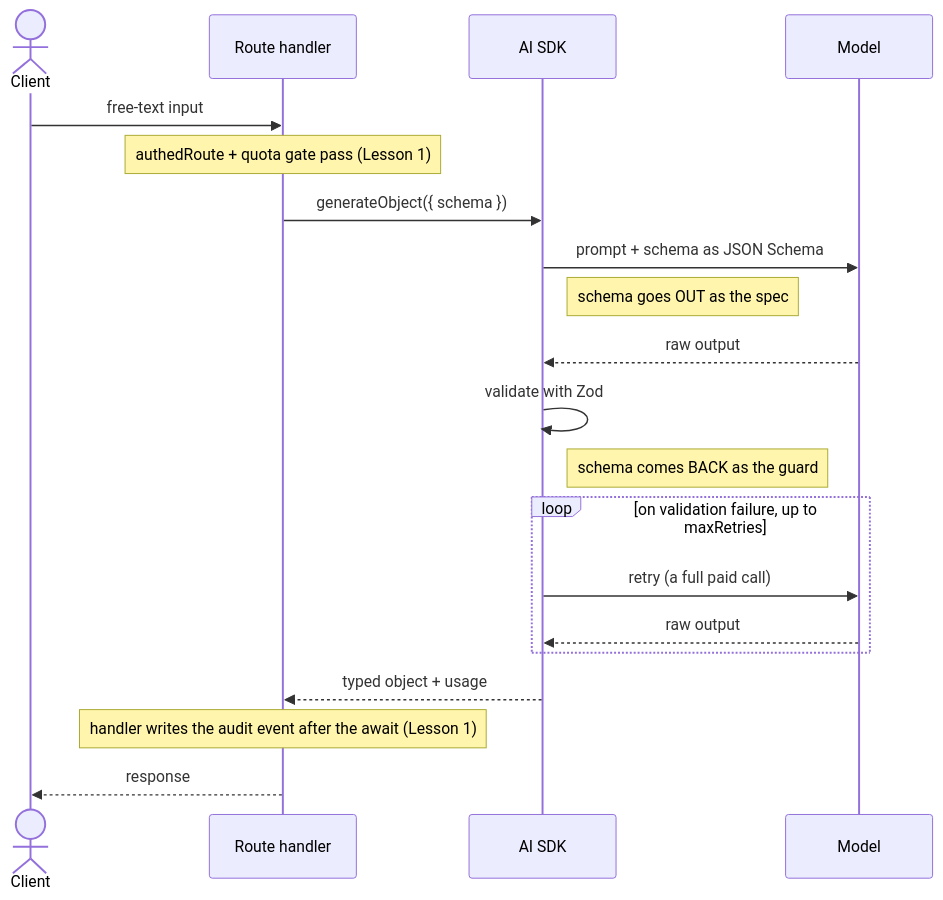
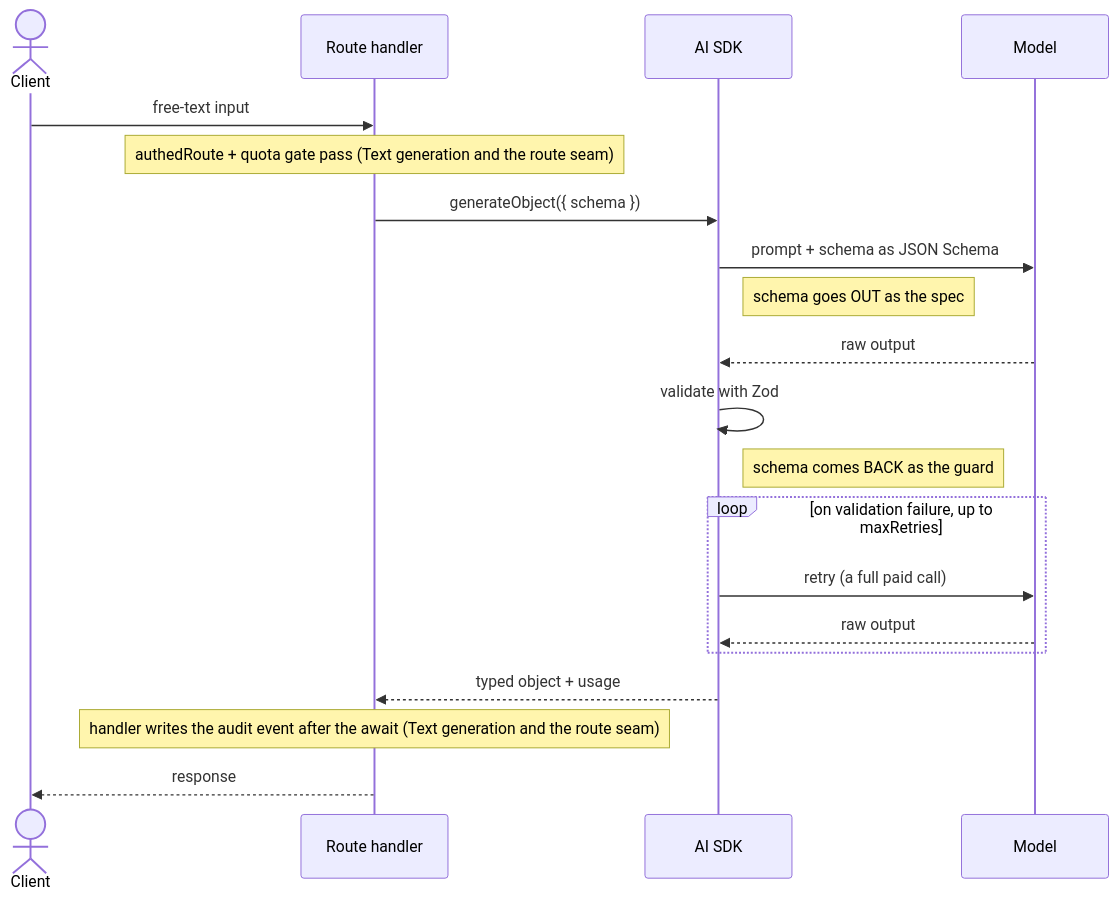
The diagram in src/content/docs/106 Text, objects, and chat UIs/2 Zod schemas as the model contract.mdx (terencicp/react-saas-course), drawn with Mermaid before and after one commit. The commit also changed 121 other files, not shown here.

````diff
--- a/src/content/docs/106 Text, objects, and chat UIs/2 Zod schemas as the model contract.mdx
+++ b/src/content/docs/106 Text, objects, and chat UIs/2 Zod schemas as the model contract.mdx
@@ -473,24 +473,24 @@
 ```mermaid
 %%{init: {'themeCSS': '.messageText, .messageText tspan, .noteText, .noteText tspan, .labelText, .labelText tspan { font-size: 16px !important; }'} }%%
 sequenceDiagram
     actor Client
     participant Handler as Route handler
     participant SDK as AI SDK
     participant Model
 
     Client->>Handler: free-text input
-    Note over Handler: authedRoute + quota gate pass (Lesson 1)
+    Note over Handler: authedRoute + quota gate pass (Text generation and the route seam)
     Handler->>SDK: generateObject({ schema })
     SDK->>Model: prompt + schema as JSON Schema
     Note right of SDK: schema goes OUT as the spec
     Model-->>SDK: raw output
     SDK->>SDK: validate with Zod
     Note right of SDK: schema comes BACK as the guard
     loop on validation failure, up to maxRetries
         SDK->>Model: retry (a full paid call)
         Model-->>SDK: raw output
     end
     SDK-->>Handler: typed object + usage
-    Note over Handler: handler writes the audit event after the await (Lesson 1)
+    Note over Handler: handler writes the audit event after the await (Text generation and the route seam)
     Handler-->>Client: response
 ```
````
